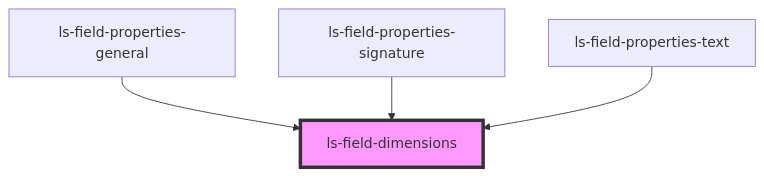
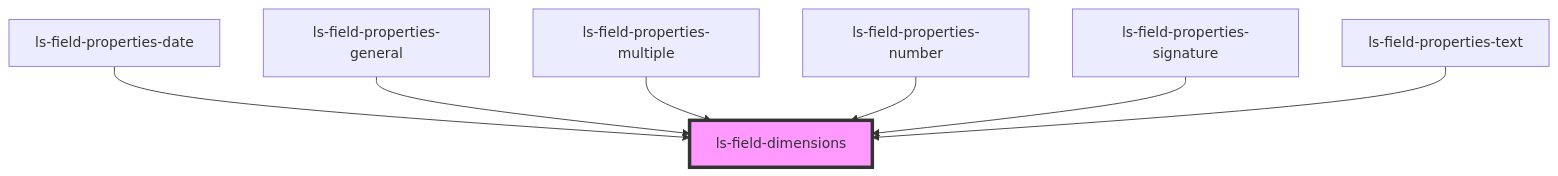
One commit to legalesign/ls-document-viewer changed the diagram in src/components/ls-field-dimensions/readme.md. Above: the diagram before and after it, drawn with Mermaid. The commit also changed other lines of this file and 38 other files, not shown here.

````diff
--- a/src/components/ls-field-dimensions/readme.md
+++ b/src/components/ls-field-dimensions/readme.md
@@ -24,7 +35,10 @@
 ```mermaid
 graph TD;
+  ls-field-properties-date --> ls-field-dimensions
   ls-field-properties-general --> ls-field-dimensions
+  ls-field-properties-multiple --> ls-field-dimensions
+  ls-field-properties-number --> ls-field-dimensions
   ls-field-properties-signature --> ls-field-dimensions
   ls-field-properties-text --> ls-field-dimensions
   style ls-field-dimensions fill:#f9f,stroke:#333,stroke-width:4px
 ```
````
